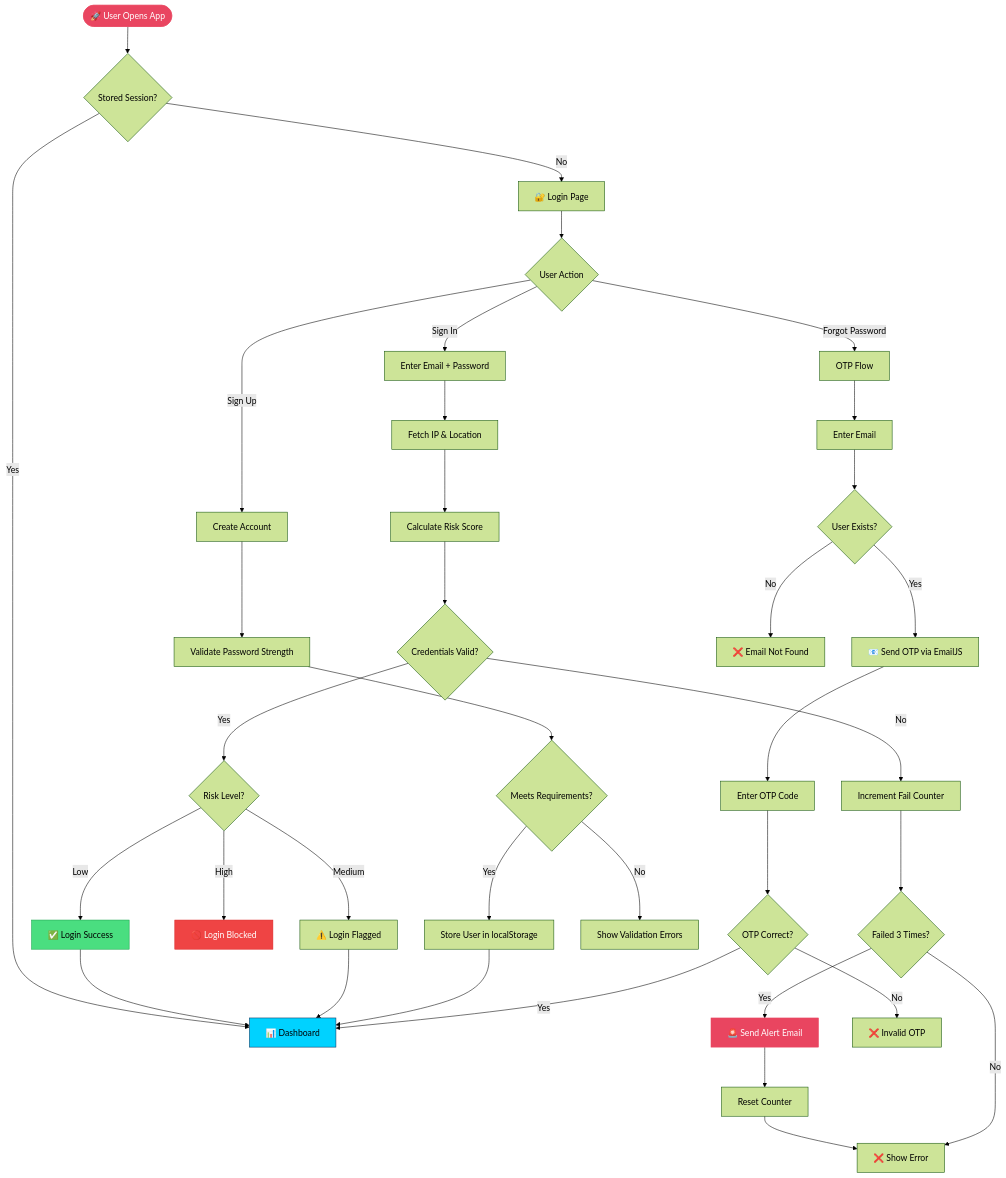
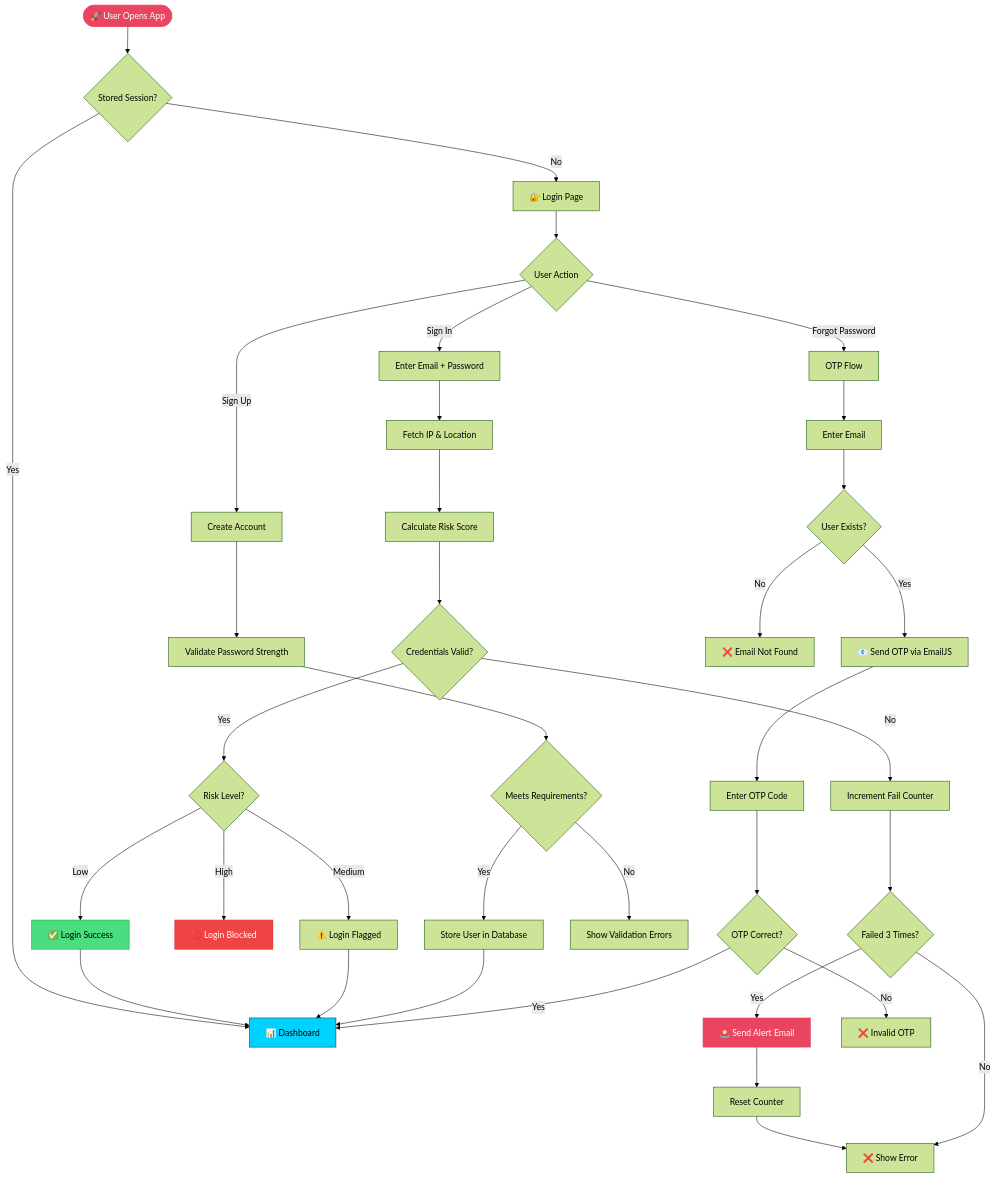
The second of 6 diagrams in README.md (miran786/Fake-Login-Detection), drawn with Mermaid (forest theme) before and after one commit. The commit also changed other lines of this file and 27 other files, not shown here.

````diff
--- a/README.md
+++ b/README.md
@@ -60,51 +70,51 @@
 ```mermaid
 flowchart TD
     A([🚀 User Opens App]) --> B{Stored Session?}
     B -->|Yes| C[📊 Dashboard]
     B -->|No| D[🔐 Login Page]
     
     D --> E{User Action}
     E -->|Sign In| F[Enter Email + Password]
     E -->|Sign Up| G[Create Account]
     E -->|Forgot Password| H[OTP Flow]
     
     F --> I[Fetch IP & Location]
     I --> J[Calculate Risk Score]
     J --> K{Credentials Valid?}
     
     K -->|Yes| L{Risk Level?}
     L -->|Low| M[✅ Login Success]
     L -->|Medium| N[⚠️ Login Flagged]
     L -->|High| O[🚫 Login Blocked]
     
     K -->|No| P[Increment Fail Counter]
     P --> Q{Failed 3 Times?}
     Q -->|Yes| R[🚨 Send Alert Email]
     R --> S[Reset Counter]
     S --> T[❌ Show Error]
     Q -->|No| T
     
     M --> C
     N --> C
     
     G --> U[Validate Password Strength]
     U --> V{Meets Requirements?}
-    V -->|Yes| W[Store User in localStorage]
+    V -->|Yes| W[Store User in Database]
     W --> C
     V -->|No| X[Show Validation Errors]
     
     H --> Y[Enter Email]
     Y --> Z{User Exists?}
     Z -->|Yes| AA[📧 Send OTP via EmailJS]
     AA --> BB[Enter OTP Code]
     BB --> CC{OTP Correct?}
     CC -->|Yes| C
     CC -->|No| DD[❌ Invalid OTP]
     Z -->|No| EE[❌ Email Not Found]
 
     style A fill:#e94560,stroke:#e94560,color:#fff
     style C fill:#00d2ff,stroke:#0f3460,color:#000
     style R fill:#e94560,stroke:#e94560,color:#fff
     style M fill:#4ade80,stroke:#16a34a,color:#000
     style O fill:#ef4444,stroke:#dc2626,color:#fff
 ```
````
